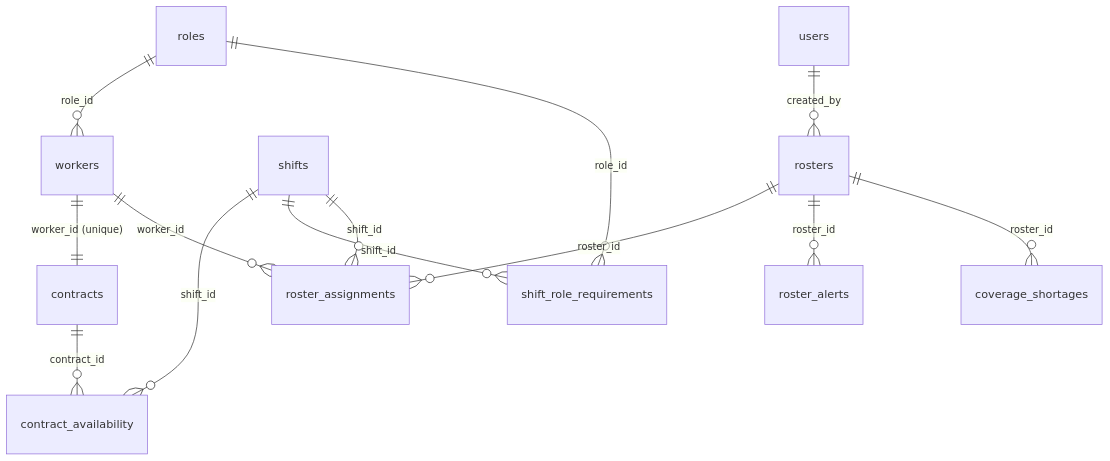
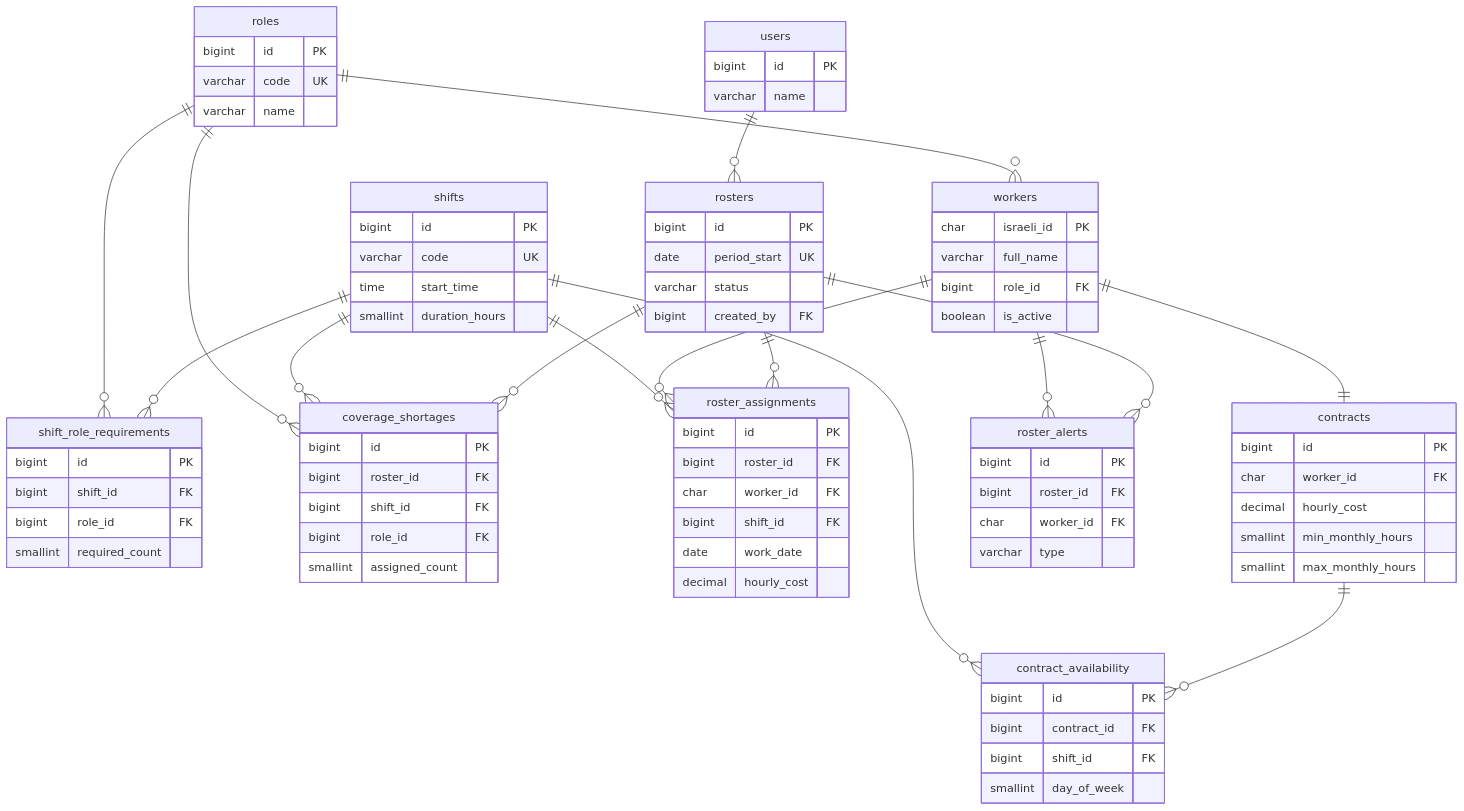
Before and after one commit to tomerk7/Rostering-System: the second of 2 diagrams in README.md, drawn with Mermaid. The commit also changed other lines of this file and 63 other files, not shown here.

````diff
--- a/README.md
+++ b/README.md
@@ -175,15 +157,86 @@
 ```mermaid
 erDiagram
-    roles ||--o{ workers : "role_id"
-    workers ||--|| contracts : "worker_id (unique)"
-    contracts ||--o{ contract_availability : "contract_id"
-    shifts ||--o{ contract_availability : "shift_id"
-    shifts ||--o{ shift_role_requirements : "shift_id"
-    roles ||--o{ shift_role_requirements : "role_id"
-    rosters ||--o{ roster_assignments : "roster_id"
-    workers ||--o{ roster_assignments : "worker_id"
-    shifts ||--o{ roster_assignments : "shift_id"
-    rosters ||--o{ roster_alerts : "roster_id"
-    rosters ||--o{ coverage_shortages : "roster_id"
-    users ||--o{ rosters : "created_by"
+    roles ||--o{ workers : ""
+    roles ||--o{ shift_role_requirements : ""
+    roles ||--o{ coverage_shortages : ""
+    shifts ||--o{ shift_role_requirements : ""
+    shifts ||--o{ contract_availability : ""
+    shifts ||--o{ roster_assignments : ""
+    shifts ||--o{ coverage_shortages : ""
+    workers ||--|| contracts : ""
+    workers ||--o{ roster_assignments : ""
+    workers ||--o{ roster_alerts : ""
+    contracts ||--o{ contract_availability : ""
+    users ||--o{ rosters : ""
+    rosters ||--o{ roster_assignments : ""
+    rosters ||--o{ roster_alerts : ""
+    rosters ||--o{ coverage_shortages : ""
+
+    roles {
+        bigint id PK
+        varchar code UK
+        varchar name
+    }
+    shifts {
+        bigint id PK
+        varchar code UK
+        time start_time
+        smallint duration_hours
+    }
+    shift_role_requirements {
+        bigint id PK
+        bigint shift_id FK
+        bigint role_id FK
+        smallint required_count
+    }
+    workers {
+        char israeli_id PK
+        varchar full_name
+        bigint role_id FK
+        boolean is_active
+    }
+    contracts {
+        bigint id PK
+        char worker_id FK
+        decimal hourly_cost
+        smallint min_monthly_hours
+        smallint max_monthly_hours
+    }
+    contract_availability {
+        bigint id PK
+        bigint contract_id FK
+        bigint shift_id FK
+        smallint day_of_week
+    }
+    rosters {
+        bigint id PK
+        date period_start UK
+        varchar status
+        bigint created_by FK
+    }
+    roster_assignments {
+        bigint id PK
+        bigint roster_id FK
+        char worker_id FK
+        bigint shift_id FK
+        date work_date
+        decimal hourly_cost
+    }
+    roster_alerts {
+        bigint id PK
+        bigint roster_id FK
+        char worker_id FK
+        varchar type
+    }
+    coverage_shortages {
+        bigint id PK
+        bigint roster_id FK
+        bigint shift_id FK
+        bigint role_id FK
+        smallint assigned_count
+    }
+    users {
+        bigint id PK
+        varchar name
+    }
 ```
````
